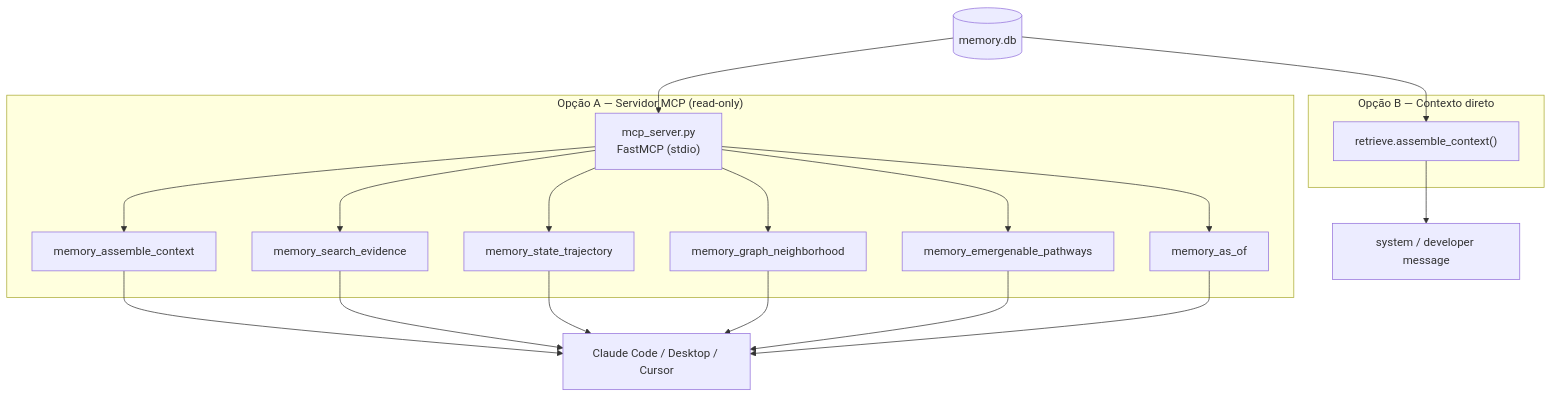
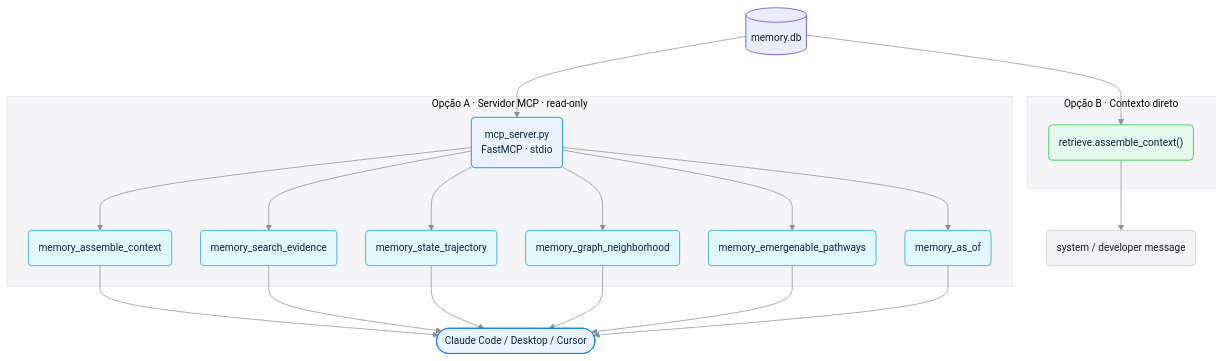
The seventh of 9 diagrams in README.md (myselfgus/patient-memory), drawn with Mermaid before and after one commit. The commit also changed other lines of this file, not shown here.

Commit message:
style(readme): refina diagramas mermaid com linguagem visual Liquid Glass (tema SF, painéis frosted, paleta de sistema Apple, cantos arredondados)

````diff
--- a/README.md
+++ b/README.md
@@ -249,23 +300,36 @@
 ```mermaid
+%%{init: {"theme":"base","themeVariables":{"fontFamily":"-apple-system, BlinkMacSystemFont, Segoe UI, Helvetica, Arial, sans-serif","fontSize":"14px","lineColor":"#8E8E93","clusterBkg":"#F5F5F7","clusterBorder":"#E5E5EA","edgeLabelBackground":"#FFFFFF"},"flowchart":{"curve":"basis","htmlLabels":true,"padding":14,"nodeSpacing":40,"rankSpacing":58}}}%%
 flowchart TB
     DB[("memory.db")]
-    subgraph A["Opção A — Servidor MCP (read-only)"]
-        MCP["mcp_server.py<br/>FastMCP (stdio)"]
-        T1["memory_assemble_context"]
-        T2["memory_search_evidence"]
-        T3["memory_state_trajectory"]
-        T4["memory_graph_neighborhood"]
-        T5["memory_emergenable_pathways"]
-        T6["memory_as_of"]
+    subgraph A["Opção A · Servidor MCP · read-only"]
+        MCP("mcp_server.py<br/>FastMCP · stdio")
+        T1("memory_assemble_context")
+        T2("memory_search_evidence")
+        T3("memory_state_trajectory")
+        T4("memory_graph_neighborhood")
+        T5("memory_emergenable_pathways")
+        T6("memory_as_of")
     end
-    subgraph B["Opção B — Contexto direto"]
-        AC["retrieve.assemble_context()"]
+    subgraph B["Opção B · Contexto direto"]
+        AC("retrieve.assemble_context()")
     end
-    CLIENT["Claude Code / Desktop / Cursor"]
-    PROMPT["system / developer message"]
+    CLIENT(["Claude Code / Desktop / Cursor"])
+    PROMPT("system / developer message")
 
     DB --> MCP
     MCP --> T1 & T2 & T3 & T4 & T5 & T6
     T1 & T2 & T3 & T4 & T5 & T6 --> CLIENT
     DB --> AC --> PROMPT
+
+    classDef blue fill:#EAF2FF,stroke:#0A84FF,stroke-width:1.2px,color:#0A2540
+    classDef indigo fill:#ECECFF,stroke:#5E5CE6,stroke-width:1.2px,color:#1D1D1F
+    classDef teal fill:#E3F7FF,stroke:#32ADE6,stroke-width:1.2px,color:#0A2540
+    classDef green fill:#E6F9EE,stroke:#30D158,stroke-width:1.2px,color:#0A2540
+    classDef gray fill:#F2F2F7,stroke:#C7C7CC,stroke-width:1px,color:#1D1D1F
+    class DB indigo
+    class MCP blue
+    class T1,T2,T3,T4,T5,T6 teal
+    class AC green
+    class CLIENT blue
+    class PROMPT gray
 ```
````
